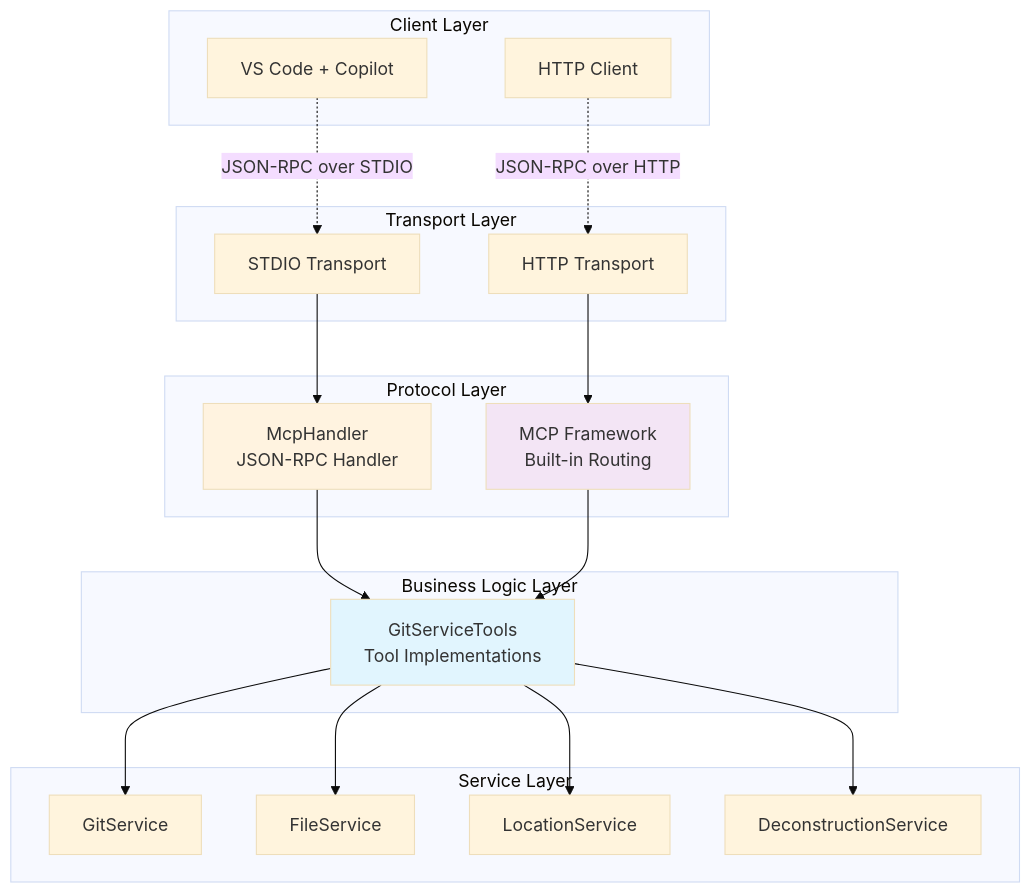
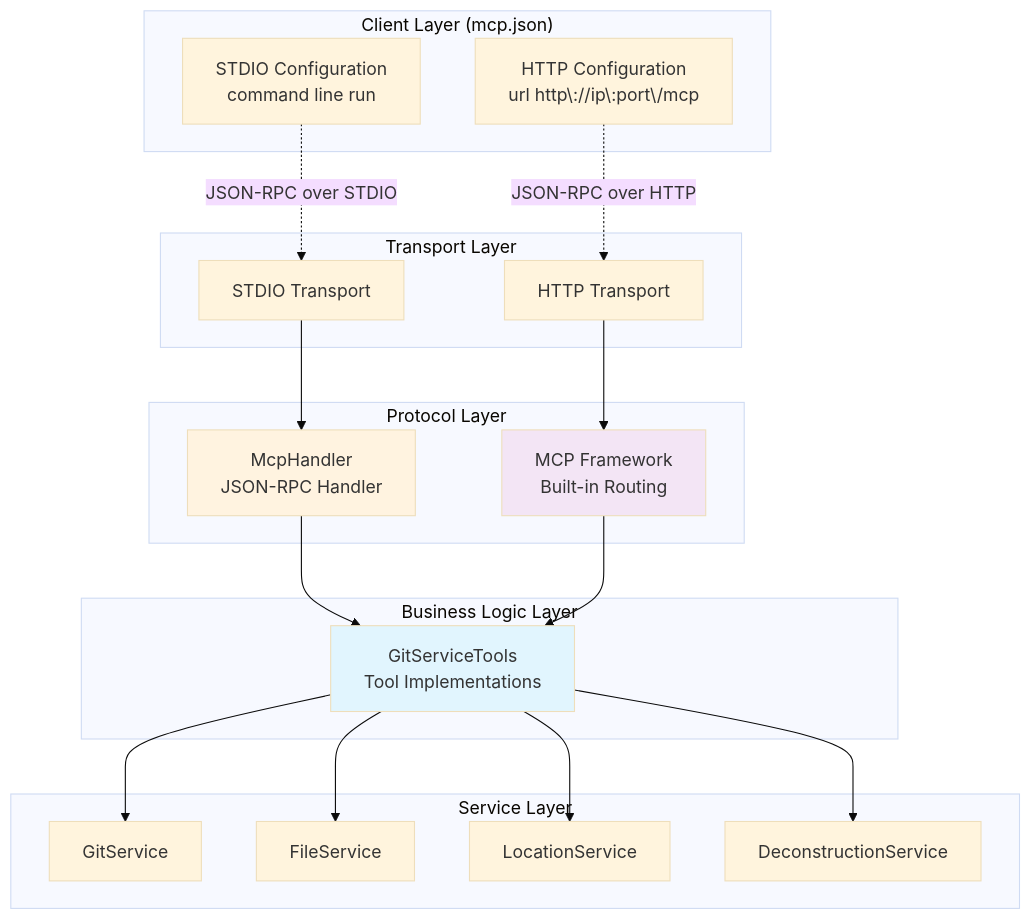
Before and after one commit to MCPRUNNER/GitVisionMCP: the first of 8 diagrams in Documentation/ARCHITECTURE.md, drawn with Mermaid (base theme). The commit also changed other lines of this file, not shown here.

Commit message:
Improved ARCHITECTURE.md graph

````diff
--- a/Documentation/ARCHITECTURE.md
+++ b/Documentation/ARCHITECTURE.md
@@ -9,46 +9,46 @@
 ```mermaid
 graph TB
-    subgraph "Client Layer"
-        VSCode[VS Code + Copilot]
-        HTTPClient[HTTP Client]
+    subgraph "Client Layer (mcp.json)"
+        VSCode[STDIO Configuration<br/>command line run]
+        HTTPClient[HTTP Configuration<br/>url http\://ip\:port\/mcp]
     end
-    
+
     subgraph "Transport Layer"
         STDIO[STDIO Transport]
         HTTP[HTTP Transport]
     end
-    
+
     subgraph "Protocol Layer"
         McpHandler[McpHandler<br/>JSON-RPC Handler]
         McpFramework[MCP Framework<br/>Built-in Routing]
     end
-    
+
     subgraph "Business Logic Layer"
         GitServiceTools[GitServiceTools<br/>Tool Implementations]
     end
-    
+
     subgraph "Service Layer"
         GitService[GitService]
         FileService[FileService]
         LocationService[LocationService]
         DeconstructionService[DeconstructionService]
     end
-    
+
     VSCode -.->|JSON-RPC over STDIO| STDIO
     HTTPClient -.->|JSON-RPC over HTTP| HTTP
-    
+
     STDIO --> McpHandler
     HTTP --> McpFramework
-    
+
     McpHandler --> GitServiceTools
     McpFramework --> GitServiceTools
-    
+
     GitServiceTools --> GitService
     GitServiceTools --> FileService
     GitServiceTools --> LocationService
     GitServiceTools --> DeconstructionService
-    
+
     style GitServiceTools fill:#e1f5fe
     style McpHandler fill:#fff3e0
     style McpFramework fill:#f3e5f5
 ```
````
